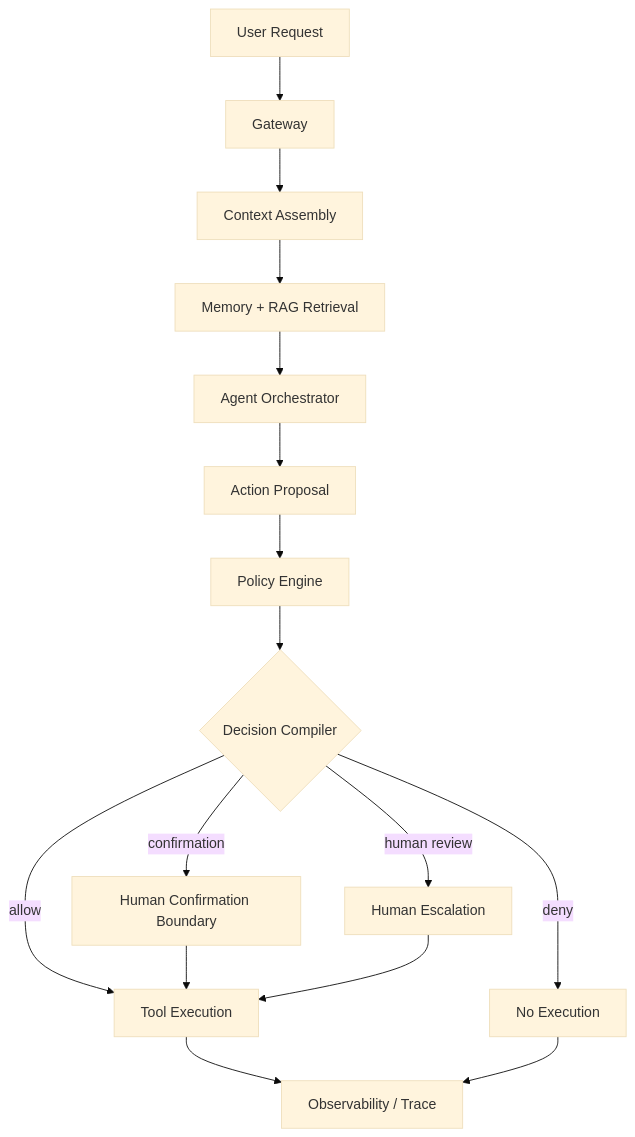
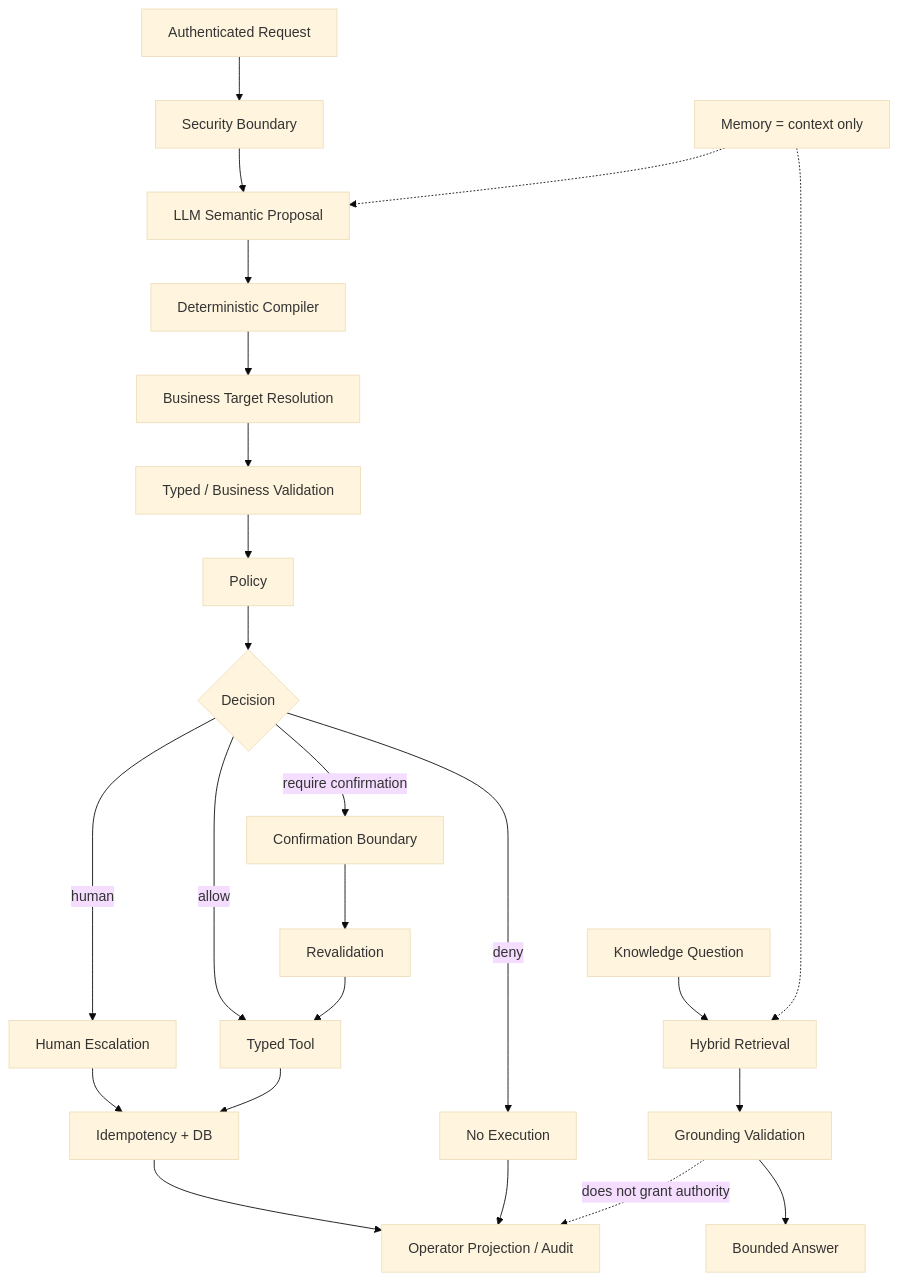
The diagram in README.md (BopsAIle/agentic-customer-service-platform), drawn with Mermaid (base theme) before and after one commit. The commit also changed other lines of this file, not shown here.

Commit message:
docs: improve project architecture and portfolio narrative

```diff
--- a/README.md
+++ b/README.md
@@ -28,18 +92,27 @@
 ~~~mermaid
 flowchart TB
-    USER[User Request] --> GATEWAY[Gateway]
-    GATEWAY --> CONTEXT[Context Assembly]
-    CONTEXT --> SOURCES[Memory + RAG Retrieval]
-    SOURCES --> ORCHESTRATOR[Agent Orchestrator]
-    ORCHESTRATOR --> PROPOSAL[Action Proposal]
-    PROPOSAL --> POLICY[Policy Engine]
-    POLICY --> DECISION{Decision Compiler}
-    DECISION -->|allow| EXEC[Tool Execution]
-    DECISION -->|confirmation| CONFIRM[Human Confirmation Boundary]
-    DECISION -->|human review| ESCALATE[Human Escalation]
-    DECISION -->|deny| DENY[No Execution]
-    CONFIRM --> EXEC
-    ESCALATE --> EXEC
-    EXEC --> OBS[Observability / Trace]
-    DENY --> OBS
+    AUTH[Authenticated Request] --> SECURITY[Security Boundary]
+    SECURITY --> PROPOSAL[LLM Semantic Proposal]
+    PROPOSAL --> COMPILER[Deterministic Compiler]
+    COMPILER --> TARGET[Business Target Resolution]
+    TARGET --> VALIDATE[Typed / Business Validation]
+    VALIDATE --> POLICY[Policy]
+    POLICY --> DECISION{Decision}
+    DECISION -->|allow| TOOL[Typed Tool]
+    DECISION -->|require confirmation| CONFIRM[Confirmation Boundary]
+    DECISION -->|human| HUMAN[Human Escalation]
+    DECISION -->|deny| BLOCK[No Execution]
+    CONFIRM --> REVALIDATE[Revalidation]
+    REVALIDATE --> TOOL
+    HUMAN --> IDEMPOTENCY[Idempotency + DB]
+    TOOL --> IDEMPOTENCY
+    IDEMPOTENCY --> TRACE[Operator Projection / Audit]
+    BLOCK --> TRACE
+
+    QUESTION[Knowledge Question] --> RETRIEVE[Hybrid Retrieval]
+    RETRIEVE --> GROUND[Grounding Validation]
+    GROUND --> ANSWER[Bounded Answer]
+    MEMORY[Memory = context only] -.-> PROPOSAL
+    MEMORY -.-> RETRIEVE
+    GROUND -.->|does not grant authority| TRACE
 ~~~
```
